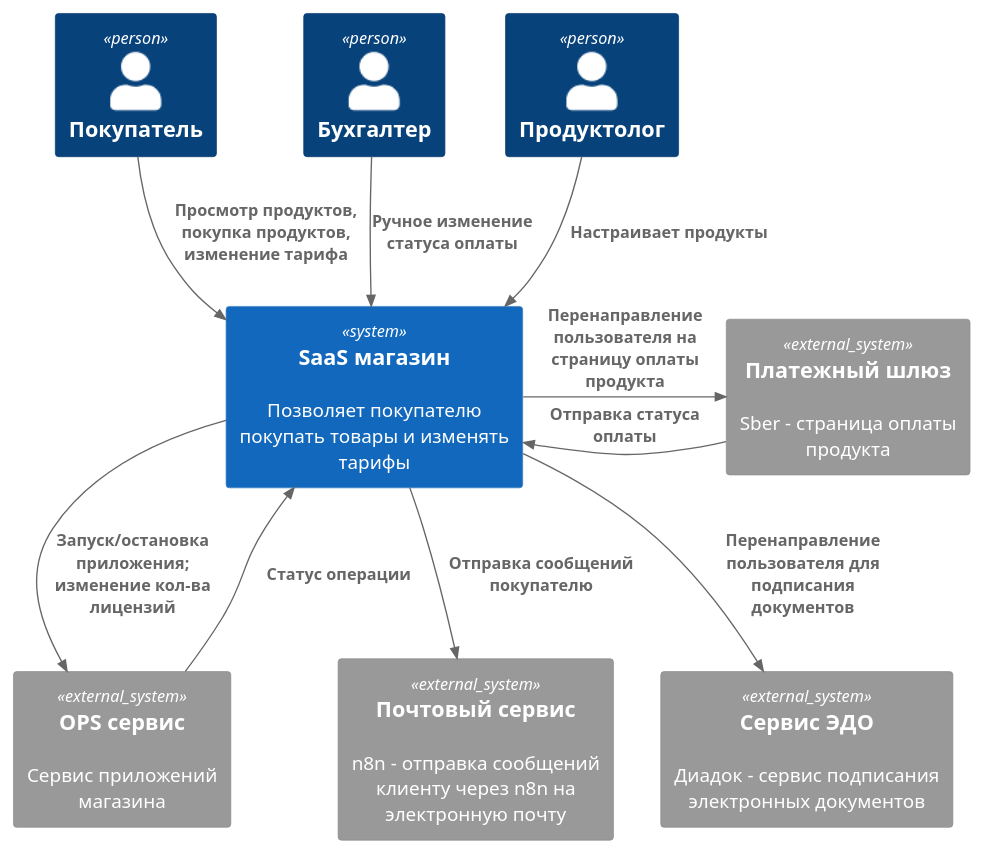
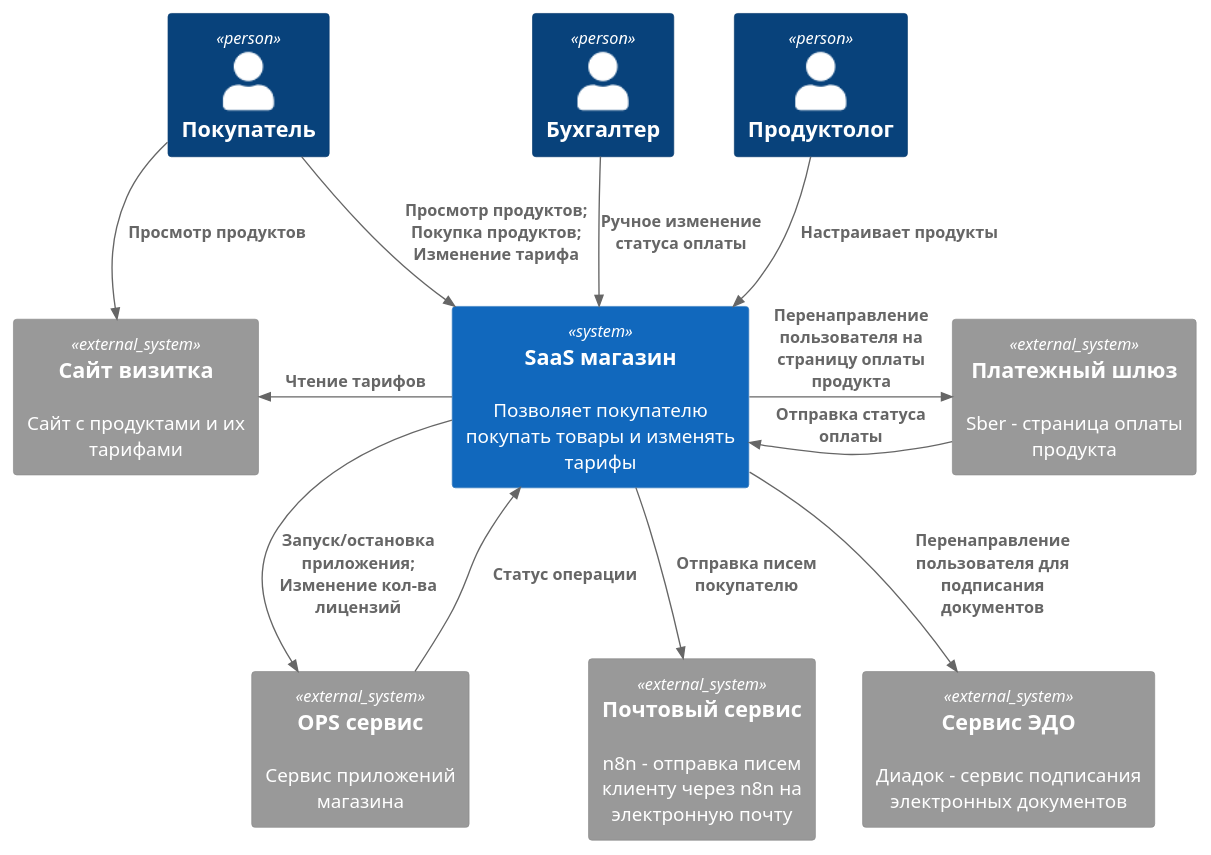
Before and after one commit to kelvionald/saas-shop: the diagram in docs/c4/1.context.puml, drawn with PlantUML. The commit also changed 1 other file, not shown here.

Commit message:
диаграмма контейнеров

```diff
--- a/docs/c4/1.context.puml
+++ b/docs/c4/1.context.puml
@@ -1,28 +1,31 @@
 @startuml
 !include https://raw.githubusercontent.com/plantuml-stdlib/C4-PlantUML/master/C4_Context.puml
 
 AddElementTag("fallback", $bgColor="#444444")
 
 
 Person(user_customer, "Покупатель")
 Person(user_accountant, "Бухгалтер")
 Person(user_programmer, "Продуктолог")
 
 System(system_shop, "SaaS магазин", "Позволяет покупателю покупать товары и изменять тарифы")
 
-System_Ext(system_email, "Почтовый сервис", "n8n - отправка сообщений клиенту через n8n на электронную почту")
+System_Ext(system_email, "Почтовый сервис", "n8n - отправка писем клиенту через n8n на электронную почту")
 System_Ext(system_bank, "Платежный шлюз", "Sber - страница оплаты продукта")
 System_Ext(system_docs, "Сервис ЭДО", "Диадок - сервис подписания электронных документов")
 System_Ext(system_ops, "OPS сервис", "Сервис приложений магазина")
+System_Ext(system_site, "Сайт визитка", "Сайт с продуктами и их тарифами")
 
-Rel(user_customer, system_shop, "Просмотр продуктов, покупка продуктов, изменение тарифа")
+Rel(user_customer, system_site, "Просмотр продуктов")
+Rel_L(system_shop, system_site, "Чтение тарифов")
+Rel(user_customer, system_shop, "Просмотр продуктов; Покупка продуктов; Изменение тарифа")
 Rel(user_accountant, system_shop, "Ручное изменение статуса оплаты")
 Rel(user_programmer, system_shop, "Настраивает продукты")
-Rel(system_shop, system_email, "Отправка сообщений покупателю")
+Rel(system_shop, system_email, "Отправка писем покупателю")
 Rel_R(system_shop, system_bank, "Перенаправление пользователя на страницу оплаты продукта")
 Rel_R(system_bank, system_shop, "Отправка статуса оплаты")
 Rel(system_shop, system_docs, "Перенаправление пользователя для подписания документов")
-Rel(system_shop, system_ops, "Запуск/остановка приложения; изменение кол-ва лицензий")
+Rel(system_shop, system_ops, "Запуск/остановка приложения; Изменение кол-ва лицензий")
 Rel_R(system_ops, system_shop, "Статус операции")
 
 @enduml
```
